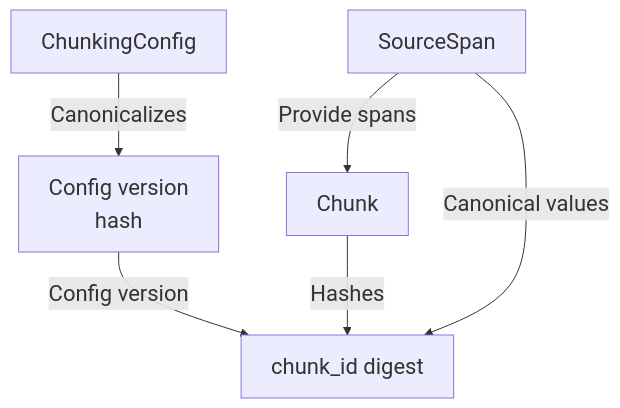
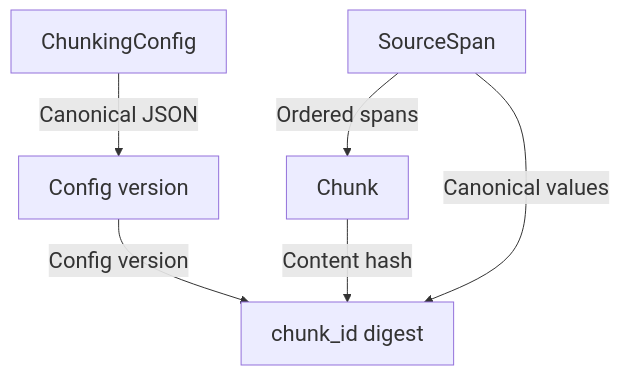
Before and after one commit to Justin-Mendoza/Afterclass: the diagram in maps/answers/diagram-02.mmd, drawn with Mermaid. The commit also changed 83 other files, not shown here.

```diff
--- a/maps/answers/diagram-02.mmd
+++ b/maps/answers/diagram-02.mmd
@@ -1,12 +1,12 @@
 %%{init: {"themeVariables": {"fontSize": "22px"}}}%%
 flowchart TD
   n0["ChunkingConfig"]
-  n1["Config version<br/>hash"]
+  n1["Config version"]
   n2["Chunk"]
   n3["SourceSpan"]
   n4["chunk_id digest"]
-  n0 -->|"Canonicalizes"| n1
-  n3 -->|"Provide spans"| n2
-  n2 -->|"Hashes"| n4
+  n0 -->|"Canonical JSON"| n1
+  n3 -->|"Ordered spans"| n2
+  n2 -->|"Content hash"| n4
   n1 -->|"Config version"| n4
   n3 -->|"Canonical values"| n4
```
